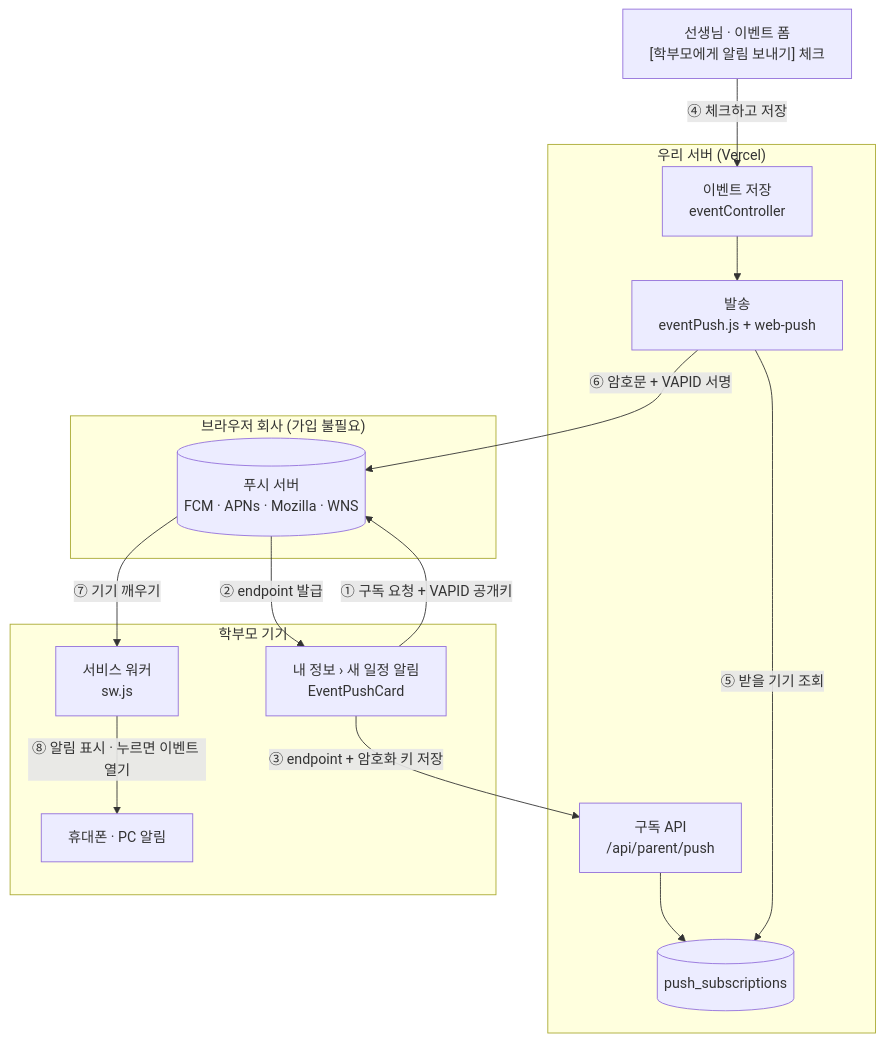
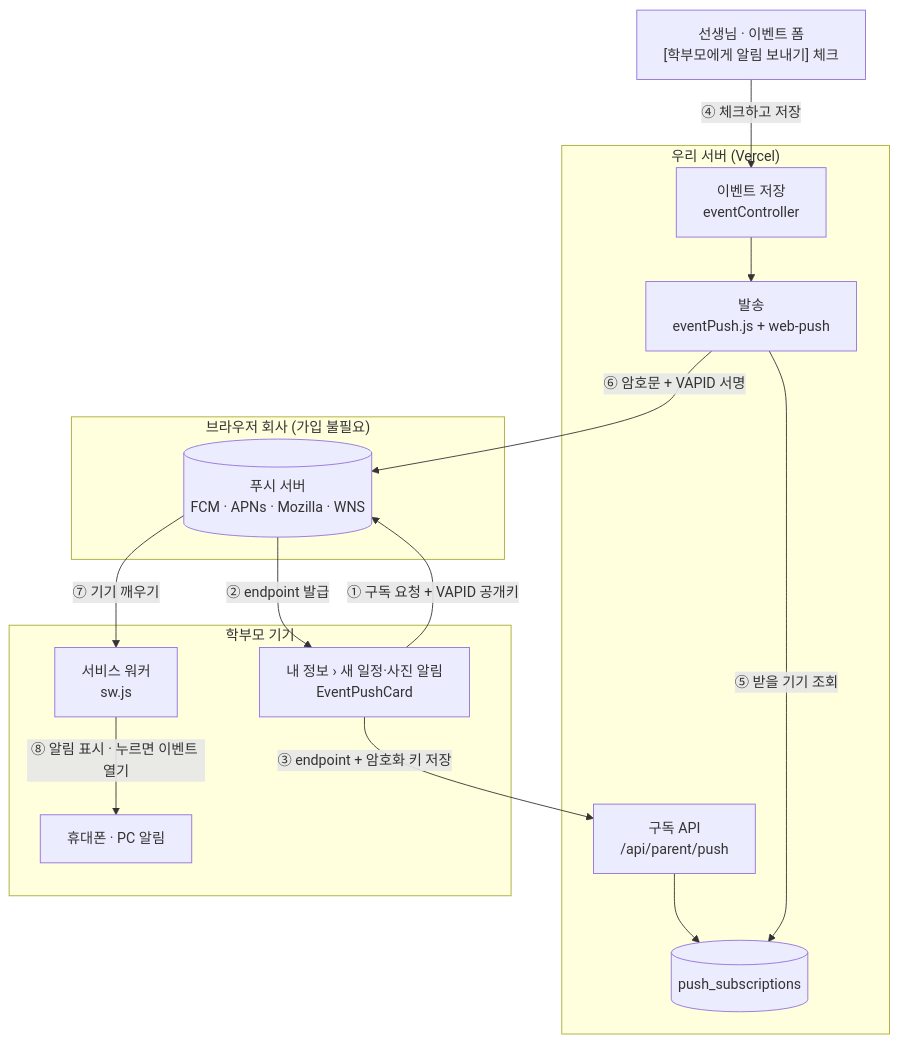
One commit to jaerimee-rg/rg-manager changed the diagram in docs/event-push/README.md. Above: the diagram before and after it, drawn with Mermaid. The commit also changed other lines of this file and 27 other files, not shown here.

````diff
--- a/docs/event-push/README.md
+++ b/docs/event-push/README.md
@@ -23,29 +26,29 @@
 ```mermaid
 flowchart TB
   Teacher["선생님 · 이벤트 폼<br/>[학부모에게 알림 보내기] 체크"]
   subgraph server["우리 서버 (Vercel)"]
     EC["이벤트 저장<br/>eventController"]
     EP["발송<br/>eventPush.js + web-push"]
     API["구독 API<br/>/api/parent/push"]
     DB[("push_subscriptions")]
   end
   subgraph vendor["브라우저 회사 (가입 불필요)"]
     PS[("푸시 서버<br/>FCM · APNs · Mozilla · WNS")]
   end
   subgraph device["학부모 기기"]
-    Card["내 정보 › 새 일정 알림<br/>EventPushCard"]
+    Card["내 정보 › 새 일정·사진 알림<br/>EventPushCard"]
     SW["서비스 워커<br/>sw.js"]
     OS["휴대폰 · PC 알림"]
   end
 
   Card -->|"① 구독 요청 + VAPID 공개키"| PS
   PS -->|"② endpoint 발급"| Card
   Card -->|"③ endpoint + 암호화 키 저장"| API
   API --> DB
   Teacher -->|"④ 체크하고 저장"| EC
   EC --> EP
   EP -->|"⑤ 받을 기기 조회"| DB
   EP -->|"⑥ 암호문 + VAPID 서명"| PS
   PS -->|"⑦ 기기 깨우기"| SW
   SW -->|"⑧ 알림 표시 · 누르면 이벤트 열기"| OS
 ```
````
